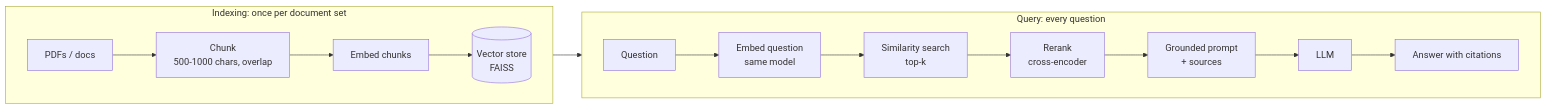
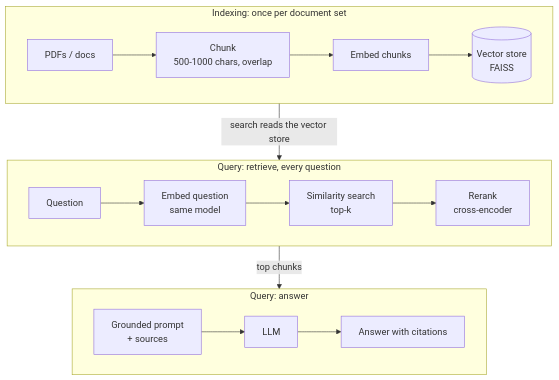
The diagram in _posts/2025-01-15-building-local-rag-system.md (e-choness/portfolio-site), drawn with Mermaid before and after one commit. The commit also changed 22 other files, not shown here.

Commit message:
improve diagram display

````diff
--- a/_posts/2025-01-15-building-local-rag-system.md
+++ b/_posts/2025-01-15-building-local-rag-system.md
@@ -56,19 +56,22 @@
 ```mermaid
-flowchart LR
+flowchart TB
   subgraph Index["Indexing: once per document set"]
     direction LR
     D[PDFs / docs] --> C[Chunk<br/>500-1000 chars, overlap]
     C --> E1[Embed chunks]
     E1 --> V[(Vector store<br/>FAISS)]
   end
-  subgraph Query["Query: every question"]
+  subgraph Retrieve["Query: retrieve, every question"]
     direction LR
     Q[Question] --> E2[Embed question<br/>same model]
     E2 --> S[Similarity search<br/>top-k]
-    V --> S
     S --> R[Rerank<br/>cross-encoder]
-    R --> P[Grounded prompt<br/>+ sources]
-    P --> L[LLM]
+  end
+  subgraph Answer["Query: answer"]
+    direction LR
+    P[Grounded prompt<br/>+ sources] --> L[LLM]
     L --> A[Answer with citations]
   end
+  Index -- "search reads the vector store" --> Retrieve
+  Retrieve -- "top chunks" --> Answer
 ```
````
